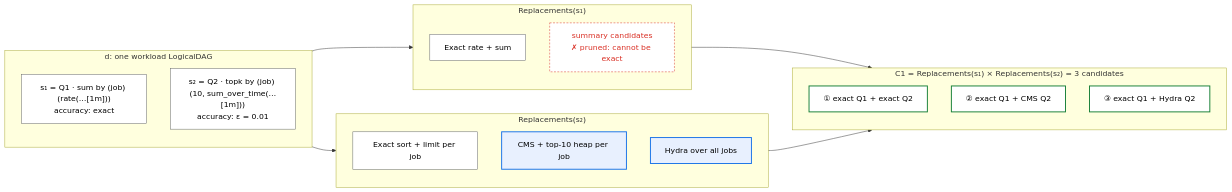
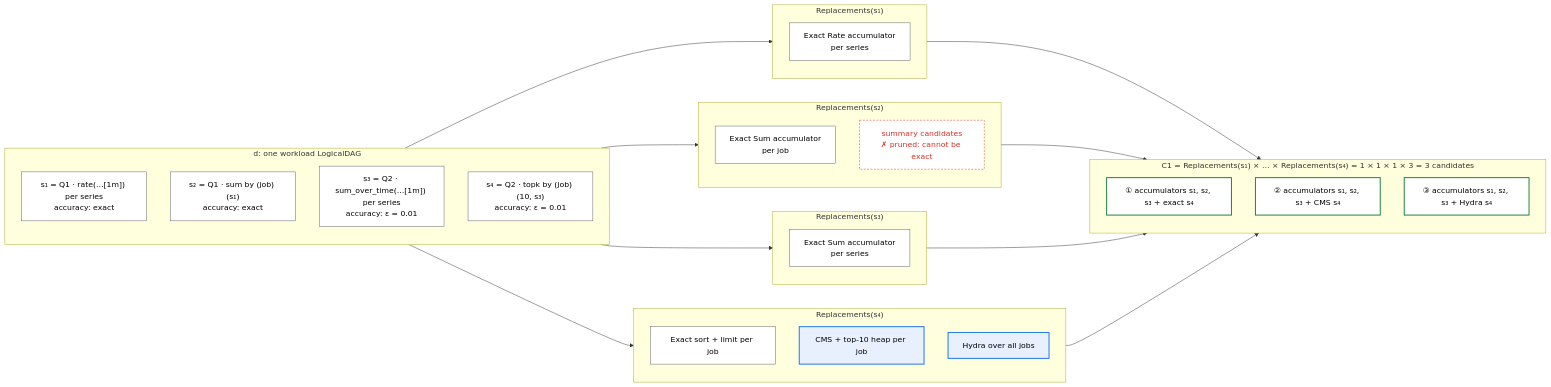
Before and after one commit to ProjectASAP/ASAPPlanner: the second of 16 diagrams in docs/design_docs/proposals/planner-layering.md, drawn with Mermaid. The commit also changed other lines of this file and 2 other files, not shown here.

First line of the commit message:
docs: align #509/#511/#573 docs with the decided vocabulary and Pass 1 candidates (#663)

````diff
--- a/docs/design_docs/proposals/planner-layering.md
+++ b/docs/design_docs/proposals/planner-layering.md
@@ -368,35 +387,49 @@
 ```mermaid
 flowchart LR
   subgraph IN["d: one workload LogicalDAG"]
     direction TB
-    s1["s₁ = Q1 · sum by (job) (rate(…[1m]))<br/>accuracy: exact"]:::exact
-    s2["s₂ = Q2 · topk by (job) (10, sum_over_time(…[1m]))<br/>accuracy: ε = 0.01"]:::exact
+    s1["s₁ = Q1 · rate(…[1m]) per series<br/>accuracy: exact"]:::exact
+    s2["s₂ = Q1 · sum by (job) (s₁)<br/>accuracy: exact"]:::exact
+    s3["s₃ = Q2 · sum_over_time(…[1m]) per series<br/>accuracy: ε = 0.01"]:::exact
+    s4["s₄ = Q2 · topk by (job) (10, s₃)<br/>accuracy: ε = 0.01"]:::exact
   end
   subgraph R1["Replacements(s₁)"]
     direction TB
-    a1["Exact rate + sum"]:::exact
+    a3["Exact Rate accumulator<br/>per series"]:::exact
+  end
+  subgraph R2["Replacements(s₂)"]
+    direction TB
+    d3["Exact Sum accumulator<br/>per job"]:::exact
     a2["summary candidates<br/>✗ pruned: cannot be exact"]:::pruned
   end
-  subgraph R2["Replacements(s₂)"]
+  subgraph R3["Replacements(s₃)"]
+    direction TB
+    e3["Exact Sum accumulator<br/>per series"]:::exact
+  end
+  subgraph R4["Replacements(s₄)"]
     direction TB
     b1["Exact sort + limit per job"]:::exact
     b2["CMS + top-10 heap per job"]:::summary
     b3["Hydra over all jobs"]:::summary
   end
-  subgraph OUT["C1 = Replacements(s₁) × Replacements(s₂) = 3 candidates"]
+  subgraph OUT["C1 = Replacements(s₁) × … × Replacements(s₄) = 1 × 1 × 1 × 3 = 3 candidates"]
     direction TB
-    c1["① exact Q1 + exact Q2"]:::ok
-    c2["② exact Q1 + CMS Q2"]:::ok
-    c3["③ exact Q1 + Hydra Q2"]:::ok
+    c1["① accumulators s₁, s₂, s₃ + exact s₄"]:::ok
+    c2["② accumulators s₁, s₂, s₃ + CMS s₄"]:::ok
+    c3["③ accumulators s₁, s₂, s₃ + Hydra s₄"]:::ok
   end
   s1 --> R1
   s2 --> R2
+  s3 --> R3
+  s4 --> R4
   R1 --> OUT
   R2 --> OUT
+  R3 --> OUT
+  R4 --> OUT
   classDef data fill:#f1f3f4,stroke:#5f6368,color:#000;
   classDef exact fill:#fff,stroke:#5f6368,color:#000;
   classDef summary fill:#e8f0fe,stroke:#1a73e8,stroke-width:2px,color:#000;
   classDef estimate fill:#e6f4ea,stroke:#188038,color:#000;
   classDef pruned fill:#fff,stroke:#d93025,stroke-dasharray:4 3,color:#d93025;
   classDef ok fill:#fff,stroke:#188038,stroke-width:2px,color:#000;
 ```
````
